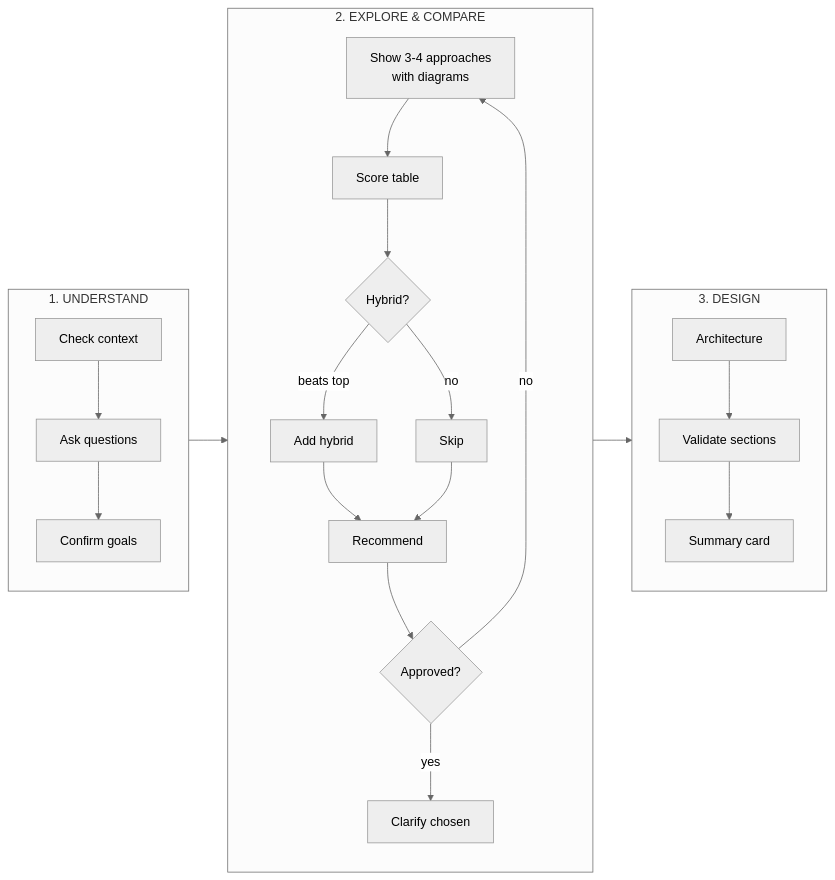
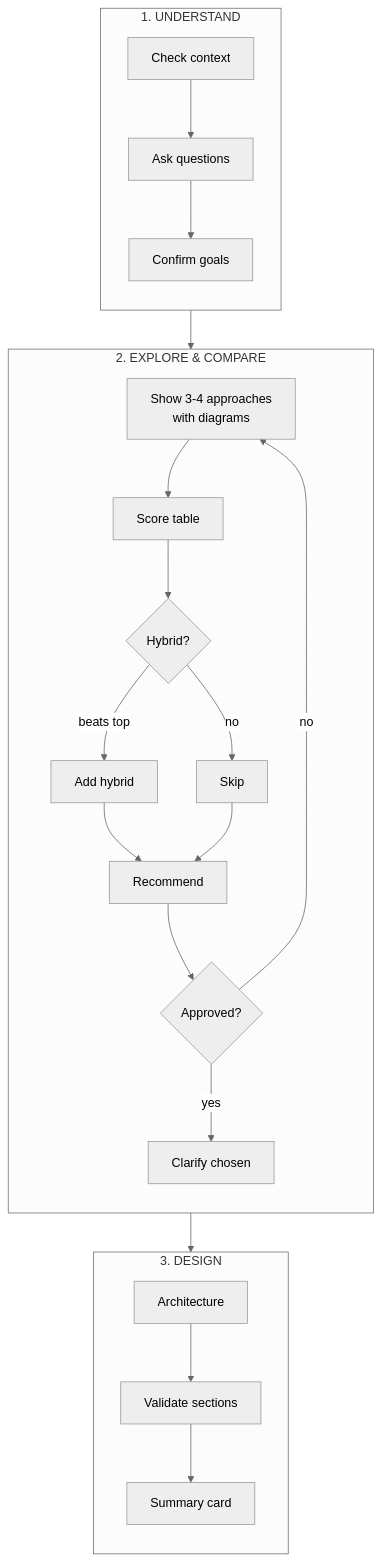
Before and after one commit to bytemines/sherpai: the diagram in README.md, drawn with Mermaid (neutral theme).

Commit message:
Update mermaid diagram to top-down layout

````diff
--- a/README.md
+++ b/README.md
@@ -9,24 +9,27 @@
 ```mermaid
-flowchart LR
+flowchart TB
     subgraph P1["1. UNDERSTAND"]
+        direction TB
         A1[Check context] --> A2[Ask questions] --> A3[Confirm goals]
     end
 
     subgraph P2["2. EXPLORE & COMPARE"]
+        direction TB
         B1[Show 3-4 approaches<br/>with diagrams] --> B2[Score table]
         B2 --> B3{Hybrid?}
         B3 -->|beats top| B4[Add hybrid]
         B3 -->|no| B5[Skip]
         B4 --> B6[Recommend]
         B5 --> B6
         B6 --> B7{Approved?}
         B7 -->|no| B1
         B7 -->|yes| B8[Clarify chosen]
     end
 
     subgraph P3["3. DESIGN"]
+        direction TB
         C1[Architecture] --> C2[Validate sections] --> C3[Summary card]
     end
 
     P1 --> P2 --> P3
 ```
````
